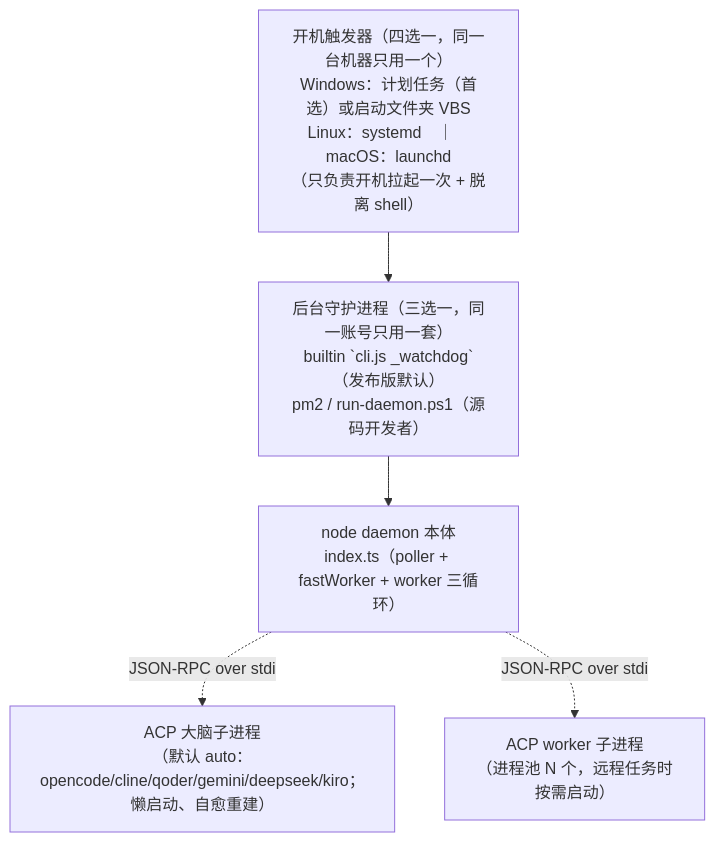
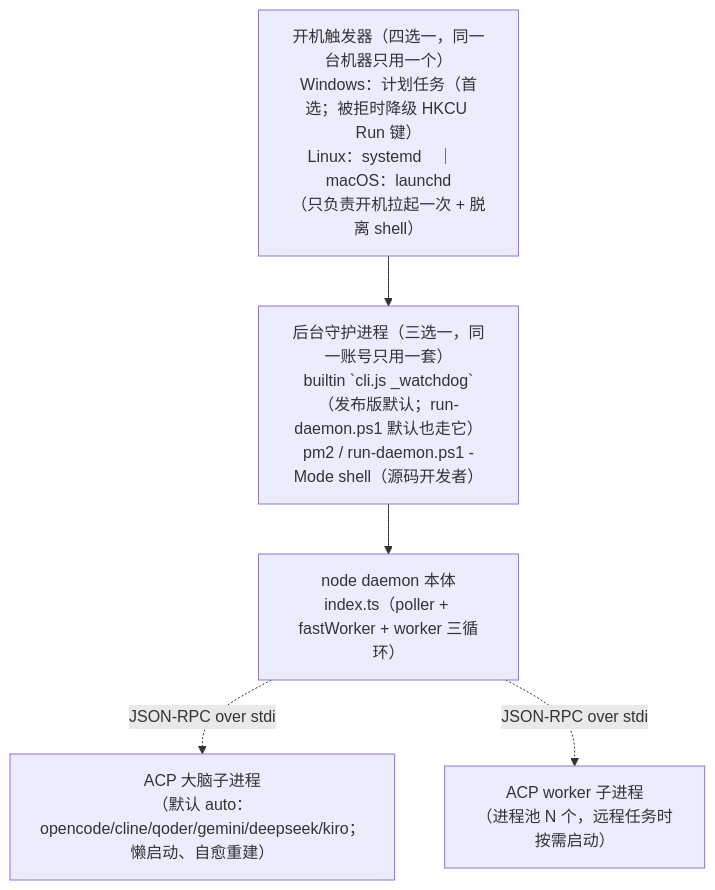
One commit to imwangpan/WeMind changed the third of 6 diagrams in docs/repowiki/02-系统架构.md. Above: the diagram before and after it, drawn with Mermaid. The commit also changed other lines of this file and 48 other files, not shown here.

````diff
--- a/docs/repowiki/02-系统架构.md
+++ b/docs/repowiki/02-系统架构.md
@@ -88,13 +88,13 @@
 ```mermaid
 graph TD
-    TRIGGER["开机触发器（四选一，同一台机器只用一个）<br/>Windows：计划任务（首选）或启动文件夹 VBS<br/>Linux：systemd　｜　macOS：launchd<br/>（只负责开机拉起一次 + 脱离 shell）"]
-    WRAPPER["后台守护进程（三选一，同一账号只用一套）<br/>builtin `cli.js _watchdog`（发布版默认）<br/>pm2 / run-daemon.ps1（源码开发者）"]
+    TRIGGER["开机触发器（四选一，同一台机器只用一个）<br/>Windows：计划任务（首选；被拒时降级 HKCU Run 键）<br/>Linux：systemd　｜　macOS：launchd<br/>（只负责开机拉起一次 + 脱离 shell）"]
+    WRAPPER["后台守护进程（三选一，同一账号只用一套）<br/>builtin `cli.js _watchdog`（发布版默认；run-daemon.ps1 默认也走它）<br/>pm2 / run-daemon.ps1 -Mode shell（源码开发者）"]
     NODE["node daemon 本体<br/>index.ts（poller + fastWorker + worker 三循环）"]
     BRAINP["ACP 大脑子进程<br/>（默认 auto：opencode/cline/qoder/gemini/deepseek/kiro；懒启动、自愈重建）"]
     WORKERP["ACP worker 子进程<br/>（进程池 N 个，远程任务时按需启动）"]
 
     TRIGGER --> WRAPPER
     WRAPPER --> NODE
     NODE -.JSON-RPC over stdio.-> BRAINP
     NODE -.JSON-RPC over stdio.-> WORKERP
 ```
````
